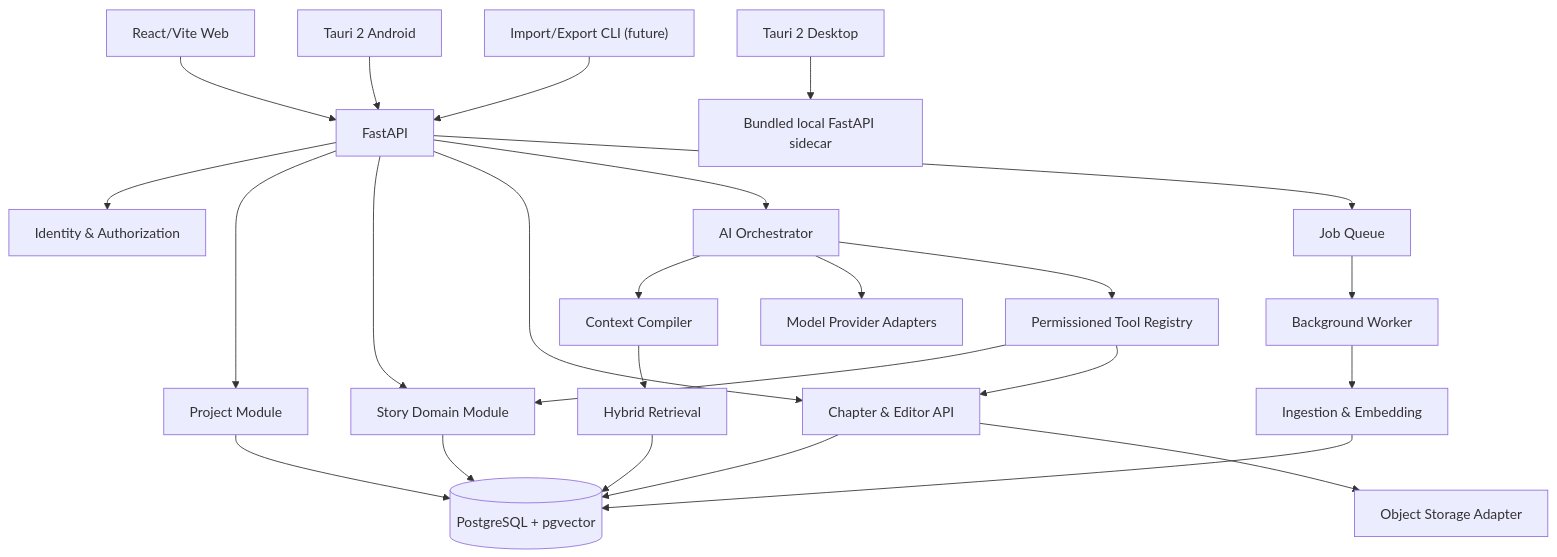
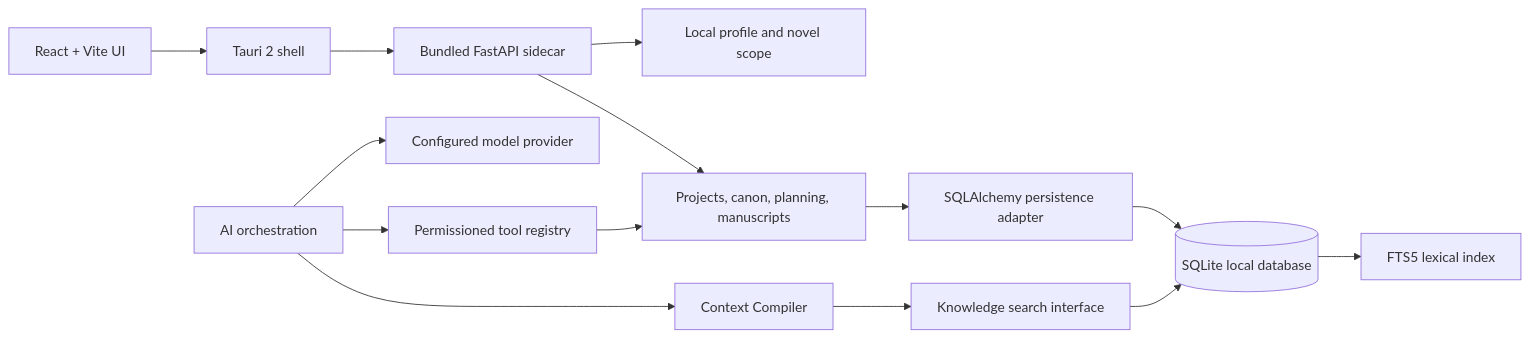
One commit to sskystack/NovelForge changed the diagram in docs/ARCHITECTURE.md. Above: the diagram before and after it, drawn with Mermaid. The commit also changed other lines of this file and 10 other files, not shown here.

Commit message:
docs: align roadmap with desktop-local first direction

````diff
--- a/docs/ARCHITECTURE.md
+++ b/docs/ARCHITECTURE.md
@@ -11,27 +13,16 @@
 ```mermaid
-flowchart TB
-  Web["React/Vite Web"] --> API["FastAPI"]
-  Desktop["Tauri 2 Desktop"] --> LocalAPI["Bundled local FastAPI sidecar"]
-  Mobile["Tauri 2 Android"] --> API
-  CLI["Import/Export CLI (future)"] --> API
-  API --> Auth["Identity & Authorization"]
-  API --> Projects["Project Module"]
-  API --> Story["Story Domain Module"]
-  API --> Chapters["Chapter & Editor API"]
-  API --> AI["AI Orchestrator"]
-  Projects --> DB[("PostgreSQL + pgvector")]
-  Story --> DB
-  Chapters --> DB
-  AI --> Context["Context Compiler"]
-  Context --> Retrieval["Hybrid Retrieval"]
-  Retrieval --> DB
-  AI --> Providers["Model Provider Adapters"]
-  AI --> Tools["Permissioned Tool Registry"]
-  Tools --> Story
-  Tools --> Chapters
-  API --> Queue["Job Queue"]
-  Queue --> Worker["Background Worker"]
-  Worker --> Ingest["Ingestion & Embedding"]
-  Ingest --> DB
-  Chapters --> Blob["Object Storage Adapter"]
+flowchart LR
+  UI["React + Vite UI"] --> Shell["Tauri 2 shell"]
+  Shell --> Sidecar["Bundled FastAPI sidecar"]
+  Sidecar --> Auth["Local profile and novel scope"]
+  Sidecar --> Domains["Projects, canon, planning, manuscripts"]
+  Domains --> SQLA["SQLAlchemy persistence adapter"]
+  SQLA --> SQLite[("SQLite local database")]
+  AI["AI orchestration"] --> Context["Context Compiler"]
+  Context --> Search["Knowledge search interface"]
+  Search --> SQLite
+  AI --> Providers["Configured model provider"]
+  AI --> Tools["Permissioned tool registry"]
+  Tools --> Domains
+  SQLite --> FTS["FTS5 lexical index"]
 ```
````
